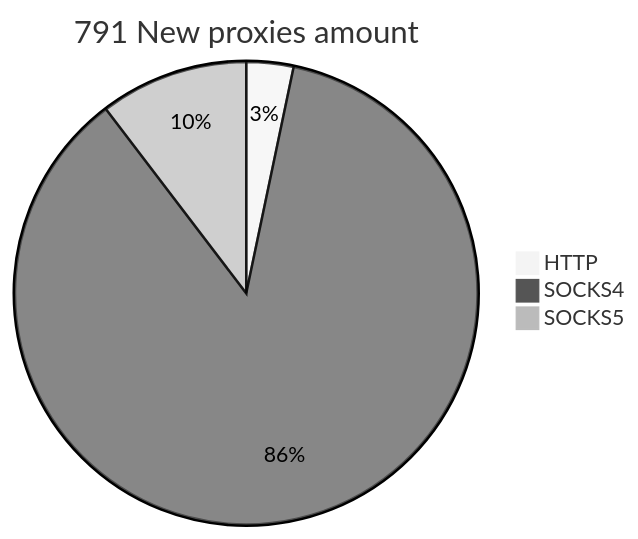
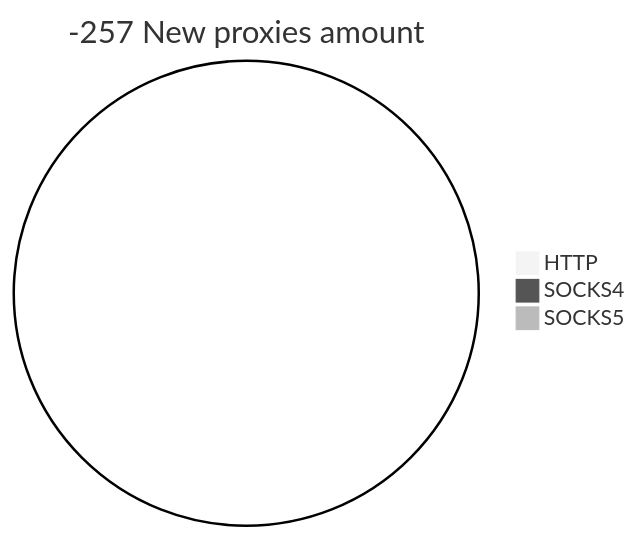
The second of 2 diagrams in README.md (cutipu/proxylist), drawn with Mermaid (neutral theme) before and after one commit. The commit also changed other lines of this file, not shown here.

````diff
--- a/README.md
+++ b/README.md
@@ -10,6 +10,6 @@
 ```mermaid
-pie title 791 New proxies amount
-    "HTTP" : 26
-    "SOCKS4" : 683
-    "SOCKS5" : 82
+pie title -257 New proxies amount
+    "HTTP" : 0
+    "SOCKS4" : 0
+    "SOCKS5" : 0
 ```
````
